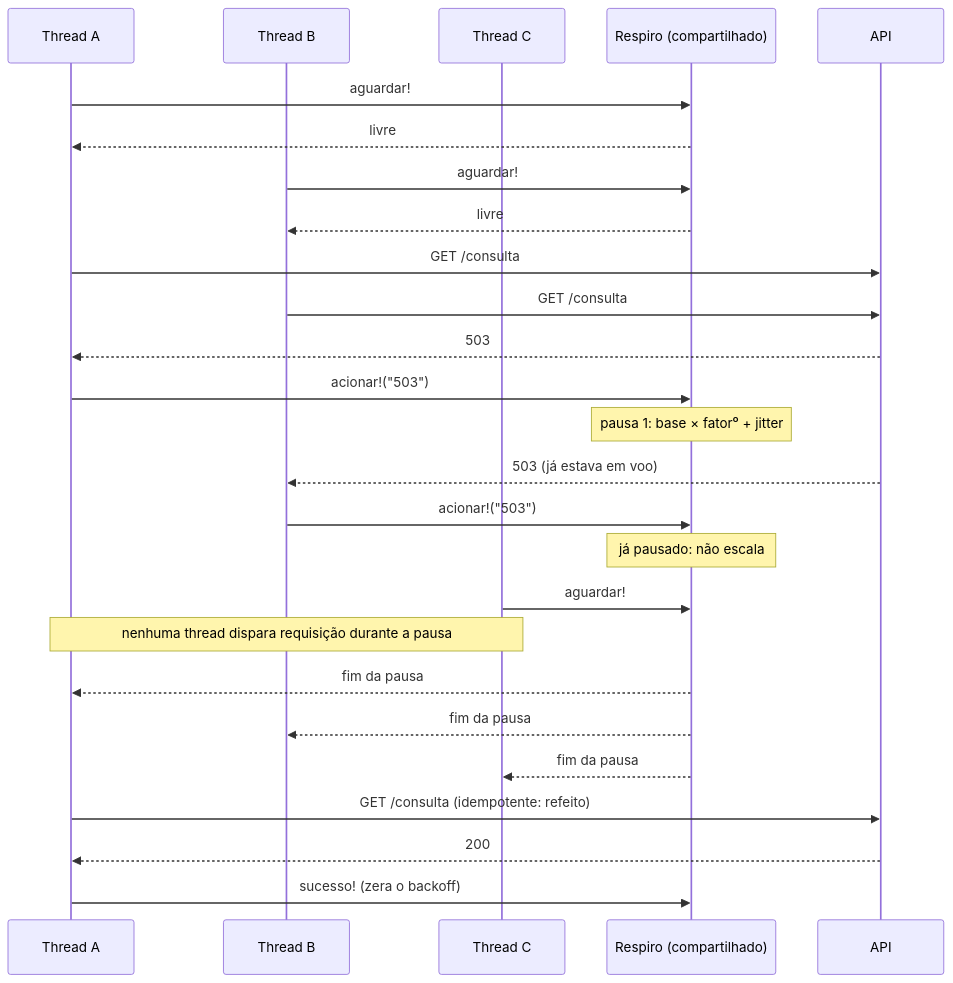
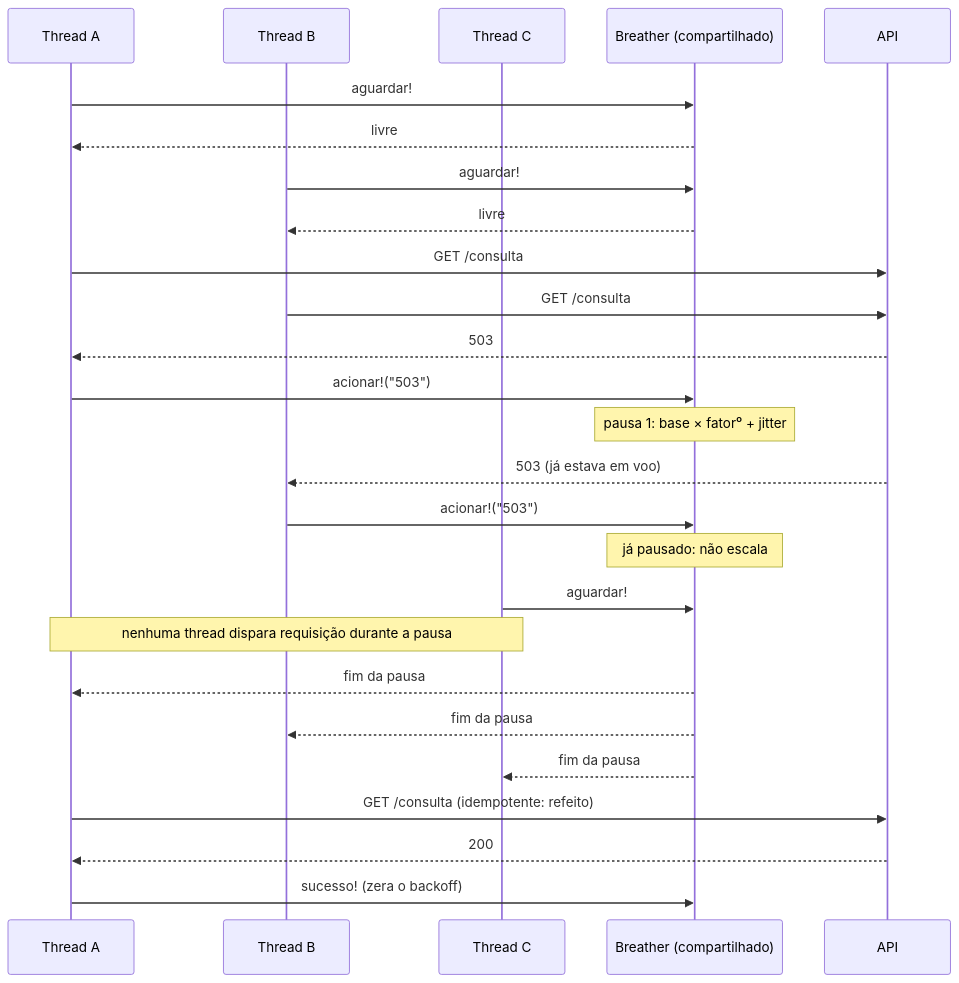
One commit to Dimasaas/breather changed the diagram in README.md. Above: the diagram before and after it, drawn with Mermaid. The commit also changed other lines of this file and 13 other files, not shown here.

````diff
--- a/README.md
+++ b/README.md
@@ -24,29 +24,29 @@
 ```mermaid
 sequenceDiagram
     participant A as Thread A
     participant B as Thread B
     participant C as Thread C
-    participant F as Respiro (compartilhado)
+    participant F as Breather (compartilhado)
     participant S as API
 
     A->>F: aguardar!
     F-->>A: livre
     B->>F: aguardar!
     F-->>B: livre
     A->>S: GET /consulta
     B->>S: GET /consulta
     S-->>A: 503
     A->>F: acionar!("503")
     Note over F: pausa 1: base × fator⁰ + jitter
     S-->>B: 503 (já estava em voo)
     B->>F: acionar!("503")
     Note over F: já pausado: não escala
     C->>F: aguardar!
     Note over A,C: nenhuma thread dispara requisição durante a pausa
     F-->>A: fim da pausa
     F-->>B: fim da pausa
     F-->>C: fim da pausa
     A->>S: GET /consulta (idempotente: refeito)
     S-->>A: 200
     A->>F: sucesso! (zera o backoff)
 ```
````
